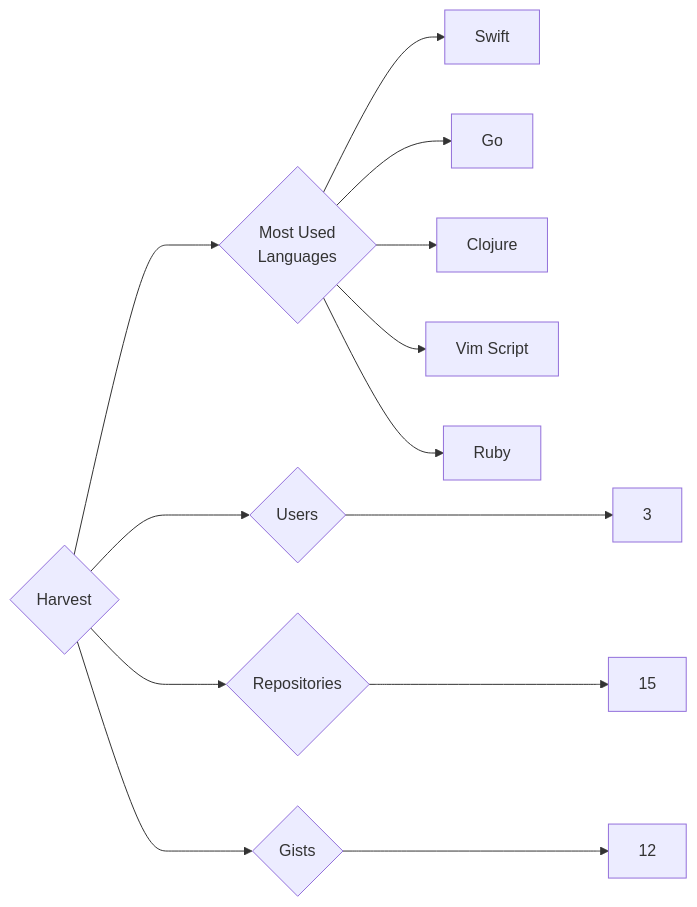
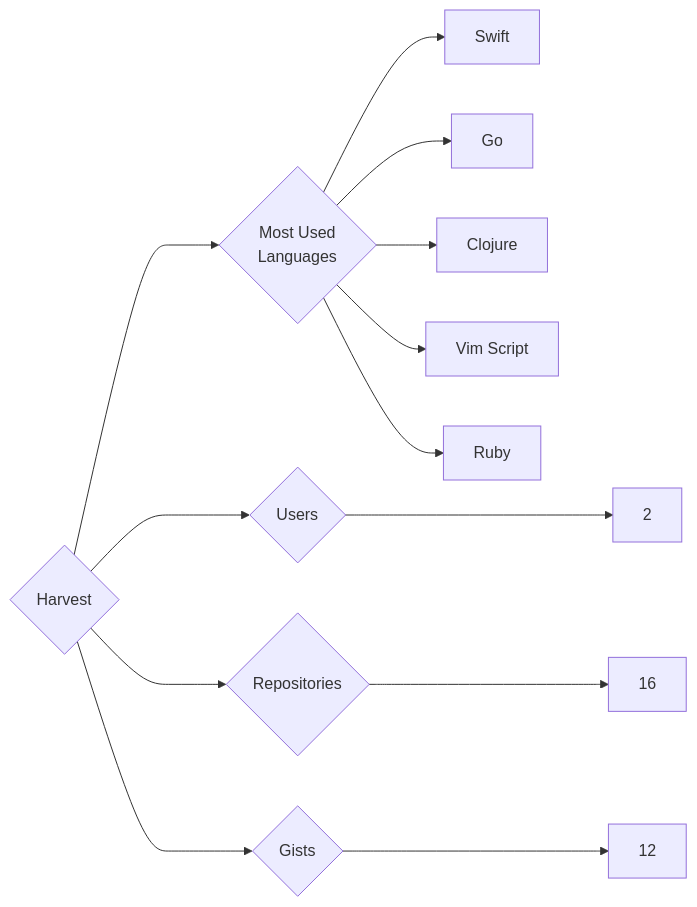
One commit to trickest/insiders changed the diagram in targets/Harvest/README.md. Above: the diagram before and after it, drawn with Mermaid. The commit also changed 1036 other files, not shown here.

````diff
--- a/targets/Harvest/README.md
+++ b/targets/Harvest/README.md
@@ -3,13 +3,13 @@
 ```mermaid
 graph LR
 COMPANY_NAME{Harvest}
-COMPANY_NAME ---> U{Users} ---> UN[3]
-COMPANY_NAME ---> R{Repositories} ---> RN[15]
+COMPANY_NAME ---> U{Users} ---> UN[2]
+COMPANY_NAME ---> R{Repositories} ---> RN[16]
 COMPANY_NAME ---> G{Gists} ---> GN[12]
 COMPANY_NAME ---> ML{Most Used<br>Languages}
 ML --> Swift[Swift]
 ML --> Go[Go]
 ML --> Clojure[Clojure]
 ML --> Vim_Script[Vim Script]
 ML --> Ruby[Ruby]
 ```
````
